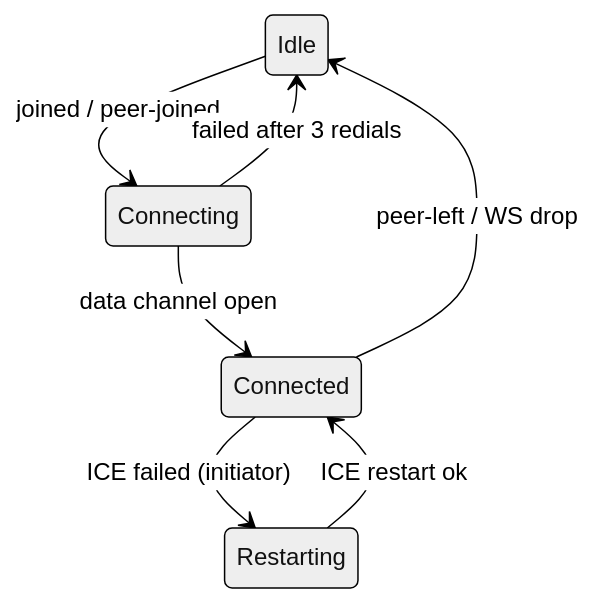
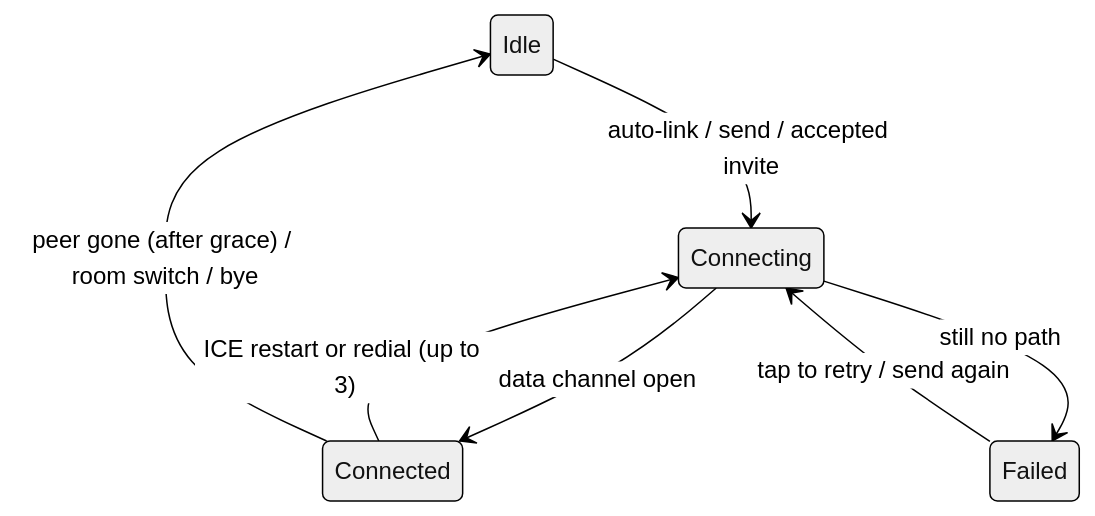
The fifth of 5 diagrams in ARCHITECTURE.md (kushal1o1/ZeroRelay), drawn with Mermaid (neutral theme) before and after one commit. The commit also changed other lines of this file and 1 other file, not shown here.

Commit message:
docs: document lobby consent flow and link lifecycle

````diff
--- a/ARCHITECTURE.md
+++ b/ARCHITECTURE.md
@@ -170,9 +200,9 @@
 ```mermaid
 stateDiagram-v2
-  Idle --> Connecting: joined / peer-joined
+  Idle --> Connecting: auto-link / send / accepted invite
   Connecting --> Connected: data channel open
-  Connected --> Restarting: ICE failed (initiator)
-  Restarting --> Connected: ICE restart ok
-  Connected --> Idle: peer-left / WS drop
-  Connecting --> Idle: failed after 3 redials
+  Connected --> Connecting: ICE restart or redial (up to 3)
+  Connecting --> Failed: still no path
+  Failed --> Connecting: tap to retry / send again
+  Connected --> Idle: peer gone (after grace) / room switch / bye
 ```
````
